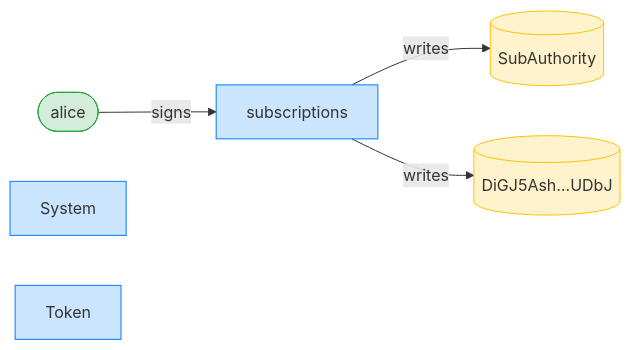
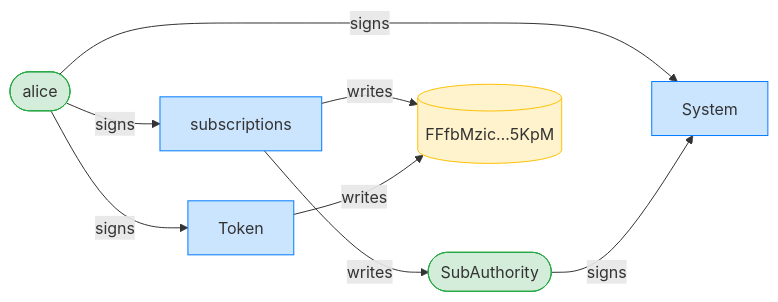
The third of 24 diagrams in dsl_tests/resume-allowed-while-the-plan-is-sunset.md (cds-rs/subscriptions), drawn with Mermaid before and after one commit. The commit also changed other lines of this file and 224 other files, not shown here.

````diff
--- a/dsl_tests/resume-allowed-while-the-plan-is-sunset.md
+++ b/dsl_tests/resume-allowed-while-the-plan-is-sunset.md
@@ -55,15 +56,19 @@
 ```mermaid
 flowchart LR
     classDef signer fill:#d4edda,stroke:#28a745;
     classDef program fill:#cce5ff,stroke:#007bff;
     classDef writable fill:#fff3cd,stroke:#ffc107;
     subscriptions[subscriptions]:::program
     alice([alice]):::signer
-    SubAuthority[(SubAuthority)]:::writable
-    DiGJ5Ash_UDbJ[("DiGJ5Ash…UDbJ")]:::writable
+    SubAuthority([SubAuthority]):::signer
+    FFfbMzic_5KpM[("FFfbMzic…5KpM")]:::writable
     System[System]:::program
     Token[Token]:::program
     alice -->|signs| subscriptions
+    alice -->|signs| System
+    SubAuthority -->|signs| System
+    alice -->|signs| Token
     subscriptions -->|writes| SubAuthority
-    subscriptions -->|writes| DiGJ5Ash_UDbJ
+    subscriptions -->|writes| FFfbMzic_5KpM
+    Token -->|writes| FFfbMzic_5KpM
 ```
````
